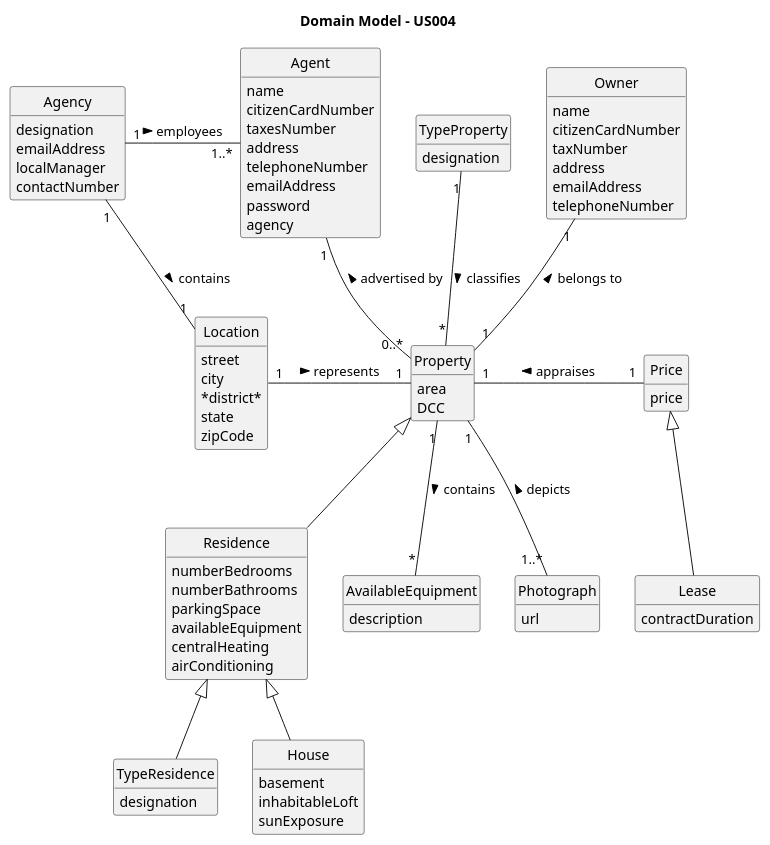
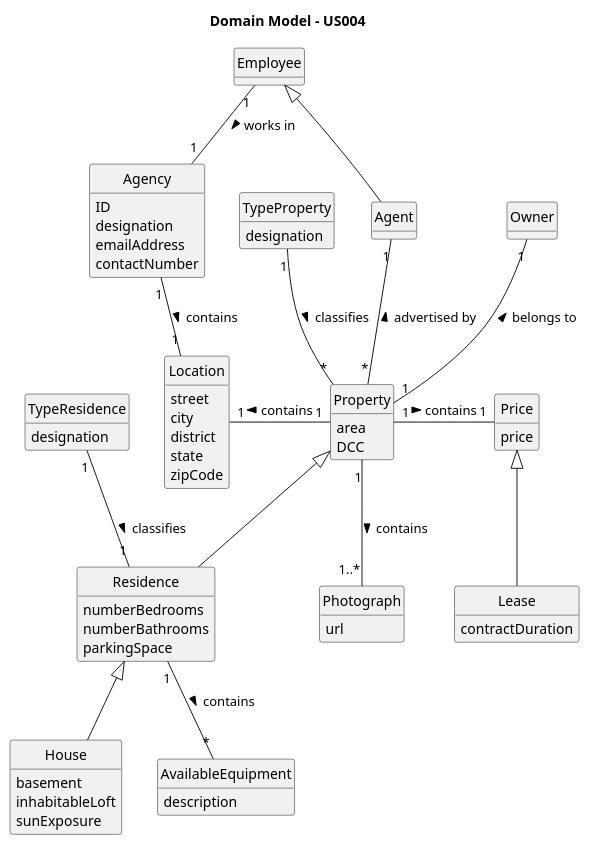
The diagram in docs/sprintA/us004/02.analysis/puml/us004-domain-model.puml (rita-barbosa/LAPR2-2223), drawn with PlantUML before and after one commit. The commit also changed 2 other files, not shown here.

```diff
--- a/docs/sprintA/us004/02.analysis/puml/us004-domain-model.puml
+++ b/docs/sprintA/us004/02.analysis/puml/us004-domain-model.puml
@@ -1,104 +1,89 @@
 @startuml
 skinparam monochrome true
 skinparam packageStyle rectangle
 skinparam shadowing false
 
 'left to right direction
 
 skinparam classAttributeIconSize 0
 
 hide circle
 hide methods
 
 title Domain Model - US004
 
 class Property {
     area
     DCC
 }
 
 class Photograph{
     url
 }
 
 class Lease extends Price{
     contractDuration
 }
 
 class Price {
     price
 }
 
 class Residence extends Property{
     numberBedrooms
     numberBathrooms
     parkingSpace
-    availableEquipment
-    centralHeating
-    airConditioning
+
 }
 
 class Location{
     street
     city
-    *district*
+    district
     state
     zipCode
 }
 
-class TypeResidence extends Residence{
+class TypeResidence{
     designation
 }
 
 class TypeProperty{
     designation
 }
 
 class House extends Residence{
     basement
     inhabitableLoft
     sunExposure
 }
 
 class AvailableEquipment{
     description
 }
 
-class Agent {
-    name
-    citizenCardNumber
-    taxesNumber
-    address
-    telephoneNumber
+class Agent extends Employee{}
+
+class Agency {
+    ID
+    designation
     emailAddress
-    password
-    agency
+    contactNumber
+}
+class Employee{}
+class Owner {
 }
 
-class Agency {
-    designation
-    emailAddress
-    localManager
-    contactNumber
-}
 
-class Owner {
-    name
-    citizenCardNumber
-    taxNumber
-    address
-    emailAddress
-    telephoneNumber
-}
-
+Employee "1" -- "1" Agency: works in  >
 Agency "1" -- "1" Location : contains >
 TypeProperty "1" -- "*" Property : classifies >
-Price "1" -left- "1" Property : appraises >
+Price "1" -left- "1" Property : contains <
 Property "1" -up- "1" Owner : belongs to >
-Agent "1" -down- "0..*" Property : < advertised by
-Agency "1" -right- "1..*" Agent : employees >
-Photograph "1..*" -up- "1" Property : depicts >
-Location "1" -right- "1" Property : represents >
-Property "1" -- "*" AvailableEquipment : contains >
+Agent "1" -down- "*" Property : < advertised by
+Photograph "1..*" -up- "1" Property : contains <
+Location "1" -right- "1" Property : contains <
+Residence "1" -- "*" AvailableEquipment : contains >
+TypeResidence "1" -- "1" Residence: classifies >
 
 @enduml
```
